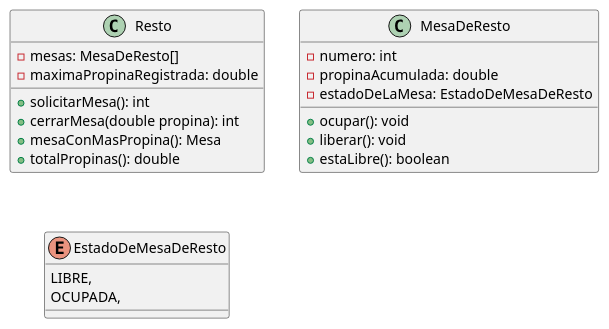
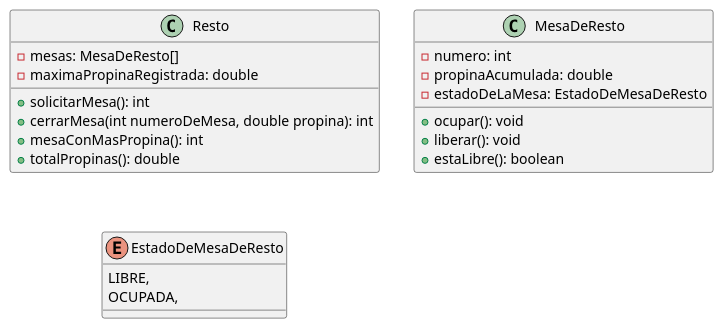
One commit to pDiosquez467/Algoritmos-Schmidt changed the diagram in fi.uba.ar.cb100/src/examenes/parciales/resto/resto.puml. Above: the diagram before and after it, drawn with PlantUML. The commit also changed 2 other files, not shown here.

```diff
--- a/fi.uba.ar.cb100/src/examenes/parciales/resto/resto.puml
+++ b/fi.uba.ar.cb100/src/examenes/parciales/resto/resto.puml
@@ -1,24 +1,24 @@
 @startuml
 class Resto {
 -mesas: MesaDeResto[]
 -maximaPropinaRegistrada: double
 +solicitarMesa(): int
-+cerrarMesa(double propina): int
-+mesaConMasPropina(): Mesa
++cerrarMesa(int numeroDeMesa, double propina): int
++mesaConMasPropina(): int
 +totalPropinas(): double
 }
 
 class MesaDeResto {
 -numero: int
 -propinaAcumulada: double
 -estadoDeLaMesa: EstadoDeMesaDeResto
 +ocupar(): void
 +liberar(): void
 +estaLibre(): boolean
 }
 
 enum EstadoDeMesaDeResto {
 LIBRE,
 OCUPADA,
 }
 @enduml
```
